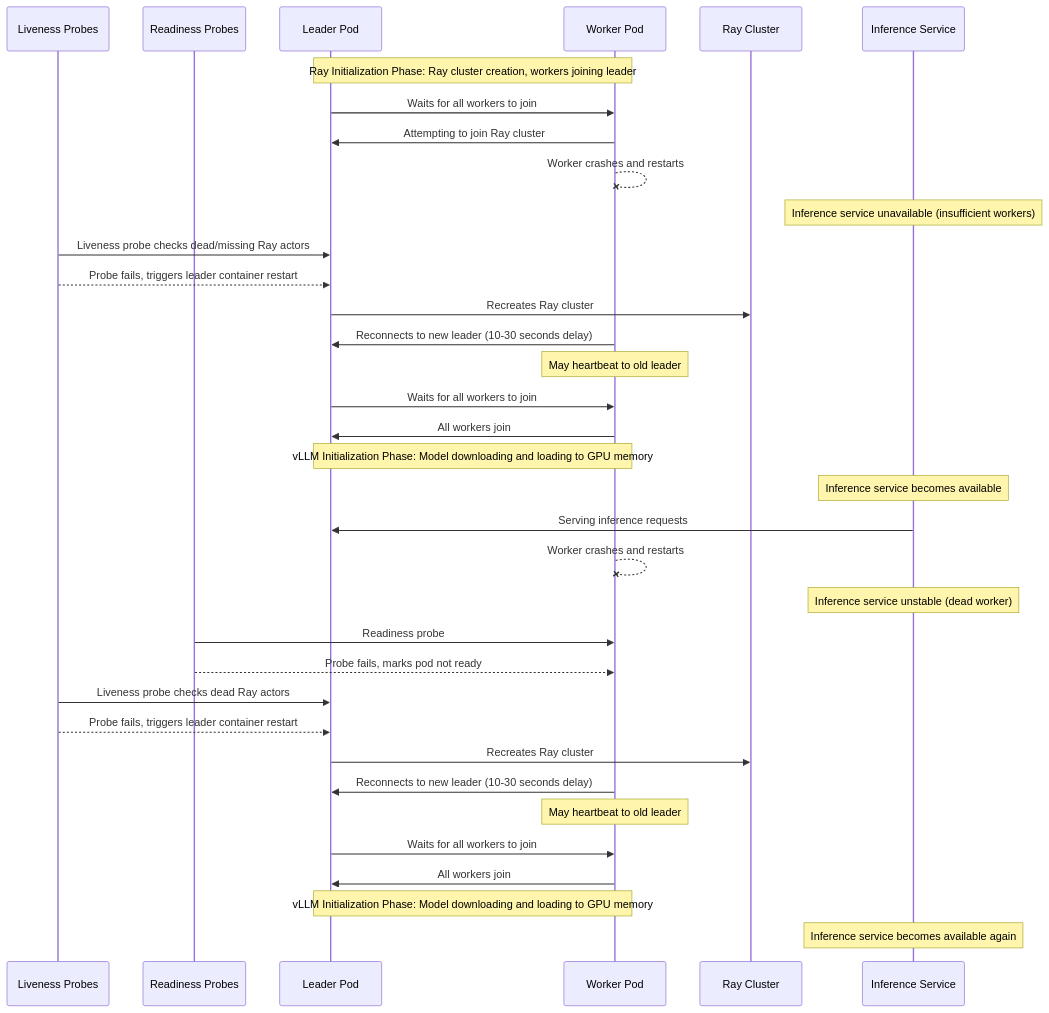
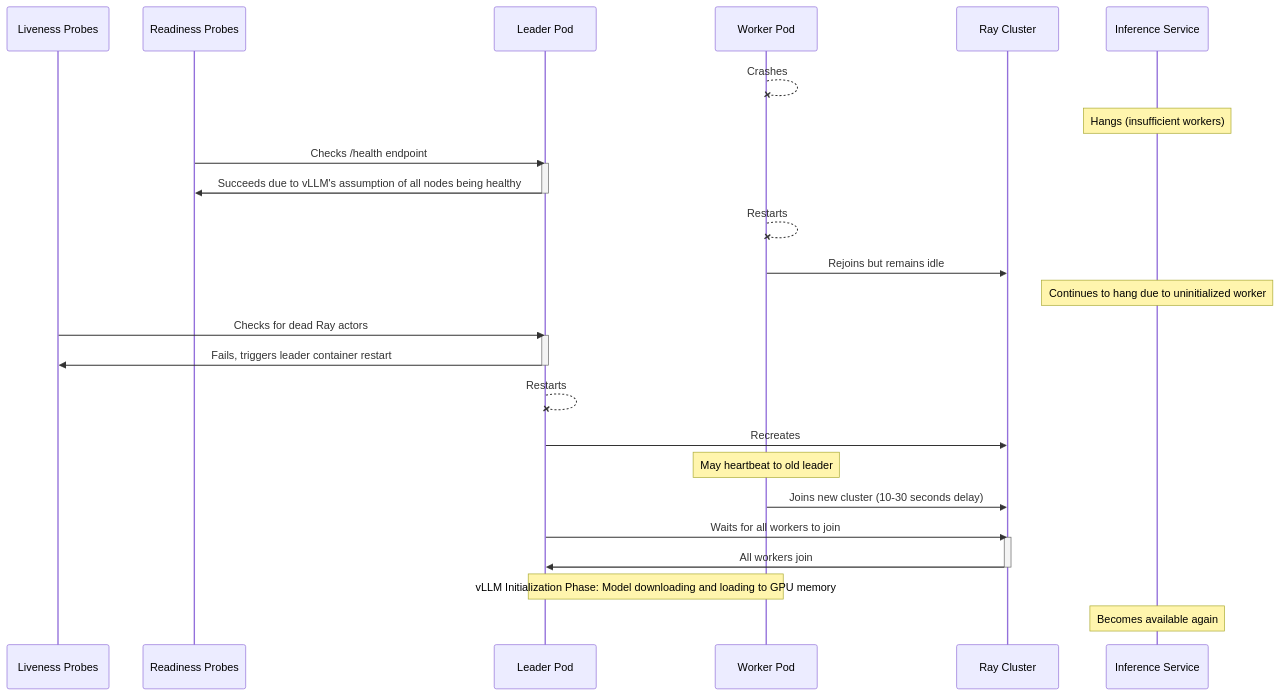
One commit to kaito-project/kaito changed the second of 2 diagrams in docs/proposals/20250325-distributed-inference.md. Above: the diagram before and after it, drawn with Mermaid. The commit also changed other lines of this file, not shown here.

Commit message:
Simplify sequential diagram

````diff
--- a/docs/proposals/20250325-distributed-inference.md
+++ b/docs/proposals/20250325-distributed-inference.md
@@ -206,41 +188,33 @@
 ```mermaid
 sequenceDiagram
-    participant K as Liveness Probes
-    participant P as Readiness Probes
-    participant L as Leader Pod
-    participant W as Worker Pod
-    participant R as Ray Cluster
-    participant V as Inference Service
+  participant K as Liveness Probes
+  participant P as Readiness Probes
+  participant L as Leader Pod
+  participant W as Worker Pod
+  participant R as Ray Cluster
+  participant V as Inference Service
 
-    Note over L,W: Ray Initialization Phase: Ray cluster creation, workers joining leader
-    %% Worker Crash During Initialization
-    L->>W: Waits for all workers to join
-    W->>L: Attempting to join Ray cluster
-    W--xW: Worker crashes and restarts
-    Note over V: Inference service unavailable (insufficient workers)
-    K->>L: Liveness probe checks dead/missing Ray actors
-    K-->>L: Probe fails, triggers leader container restart
-    L->>R: Recreates Ray cluster
-    W->>L: Reconnects to new leader (10-30 seconds delay)
-    Note over W: May heartbeat to old leader
-    L->>W: Waits for all workers to join
-    W->>L: All workers join
-    Note over L,W: vLLM Initialization Phase: Model downloading and loading to GPU memory
-    Note over V: Inference service becomes available
-
-    %% Worker Crash After Inference Service is Ready
-    V->>L: Serving inference requests
-    W--xW: Worker crashes and restarts
-    Note over V: Inference service unstable (dead worker)
-    P->>W: Readiness probe
-    P-->>W: Probe fails, marks pod not ready
-    K->>L: Liveness probe checks dead Ray actors
-    K-->>L: Probe fails, triggers leader container restart
-    L->>R: Recreates Ray cluster
-    W->>L: Reconnects to new leader (10-30 seconds delay)
-    Note over W: May heartbeat to old leader
-    L->>W: Waits for all workers to join
-    W->>L: All workers join
-    Note over L,W: vLLM Initialization Phase: Model downloading and loading to GPU memory
-    Note over V: Inference service becomes available again
+  W--xW: Crashes
+  Note over V: Hangs (insufficient workers)
+  P->>L: Checks /health endpoint
+  activate L
+  L->>P: Succeeds due to vLLM's assumption of all nodes being healthy
+  deactivate L
+  W--xW: Restarts
+  W->>R: Rejoins but remains idle
+  Note over V: Continues to hang due to uninitialized worker
+  K->>L: Checks for dead Ray actors
+  activate L
+  L->>K: Fails, triggers leader container restart
+  deactivate L
+  L--xL: Restarts
+  L->>R: Recreates
+  Note over W: May heartbeat to old leader
+  W->>R: Joins new cluster (10-30 seconds delay)
+  L->>R: Waits for all workers to join
+  activate R
+  R->>L: All workers join
+  deactivate R
+  Note over L,W: vLLM Initialization Phase: Model downloading and loading to GPU memory
+  Note over V: Becomes available again
 ```
````
